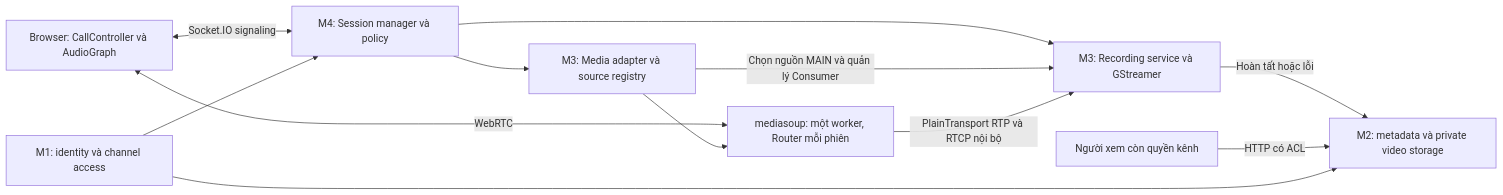
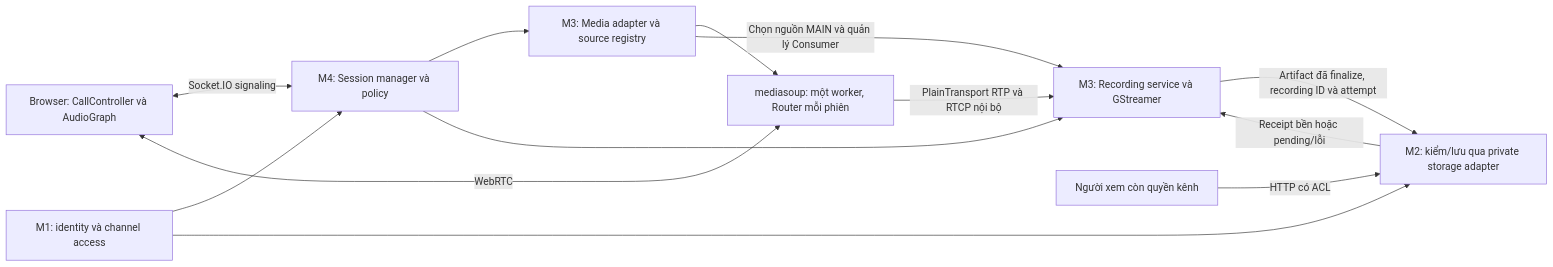
The first of 7 diagrams in docs/proposals/m3-media.md (Lightning1507/CoLearnia), drawn with Mermaid before and after one commit. The commit also changed other lines of this file and 6 other files, not shown here.

Commit message:
docs(media): finalize media contracts and recording design

````diff
--- a/docs/proposals/m3-media.md
+++ b/docs/proposals/m3-media.md
@@ -54,14 +70,15 @@
 ```mermaid
 flowchart LR
   Browser[Browser: CallController và AudioGraph] <-->|Socket.IO signaling| Session[M4: Session manager và policy]
   Session --> Media[M3: Media adapter và source registry]
   Browser <-->|WebRTC| SFU[mediasoup: một worker, Router mỗi phiên]
   Media --> SFU
   Session --> Recorder[M3: Recording service và GStreamer]
   Media -->|Chọn nguồn MAIN và quản lý Consumer| Recorder
   SFU -->|PlainTransport RTP và RTCP nội bộ| Recorder
-  Recorder -->|Hoàn tất hoặc lỗi| Storage[M2: metadata và private video storage]
+  Recorder -->|Artifact đã finalize, recording ID và attempt| Storage[M2: kiểm/lưu qua private storage adapter]
+  Storage -->|Receipt bền hoặc pending/lỗi| Recorder
   Viewer[Người xem còn quyền kênh] -->|HTTP có ACL| Storage
   Access[M1: identity và channel access] --> Session
   Access --> Storage
 ```
````
